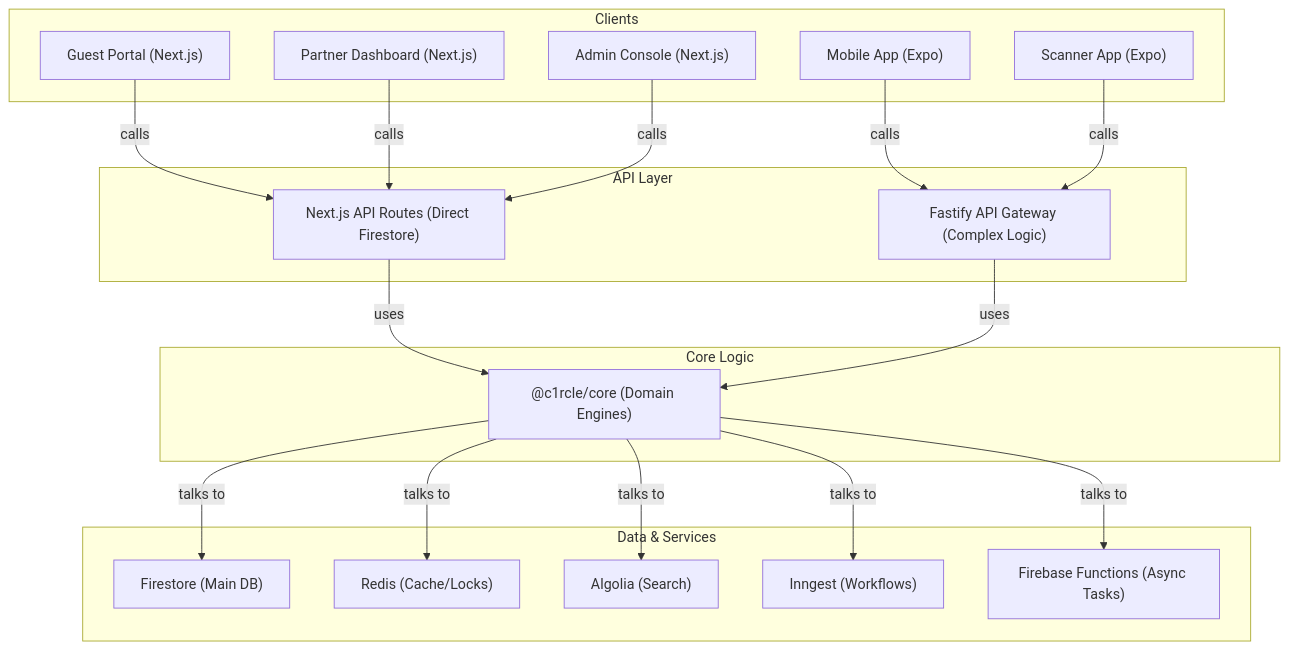
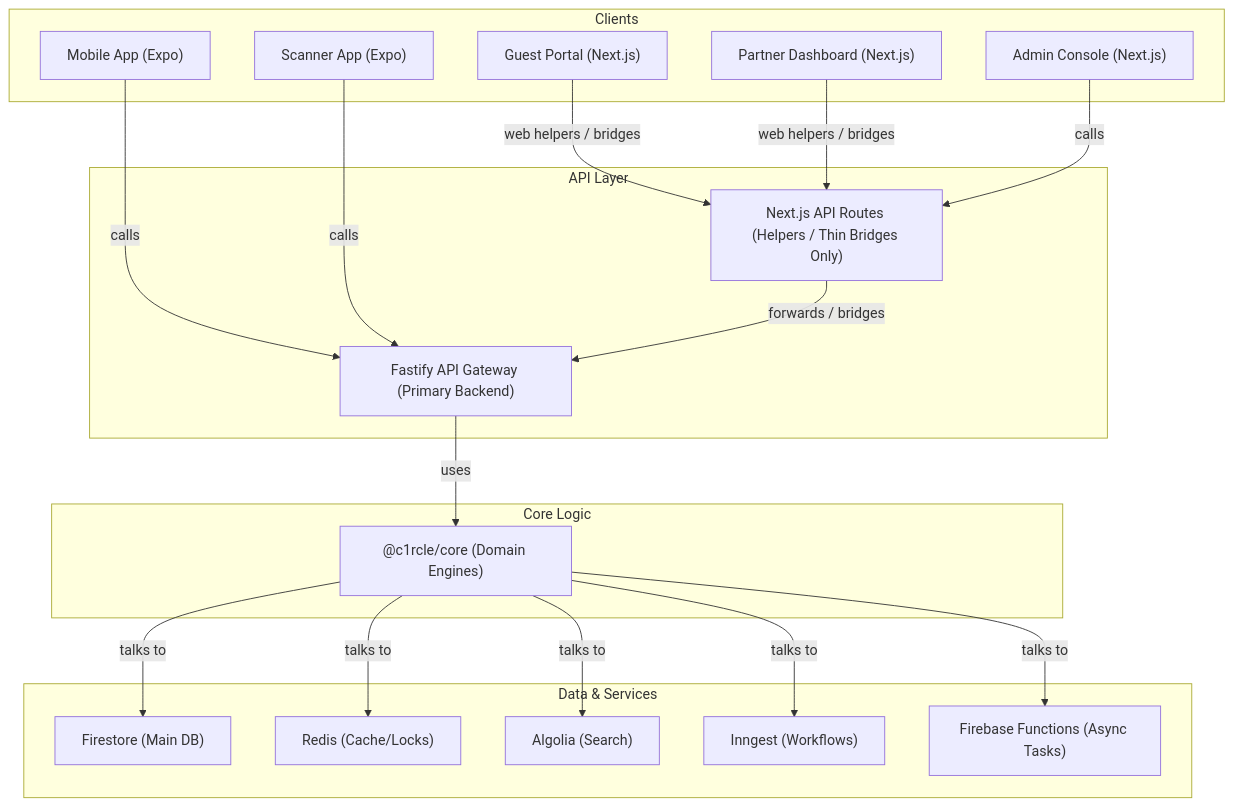
The diagram in architecture.md (thec1rclehost123-cmd/thec1rcle), drawn with Mermaid before and after one commit. The commit also changed other lines of this file and 185 other files, not shown here.

Commit message:
feat: implement guest portal business logic inventory and backend boundary refactor

````diff
--- a/architecture.md
+++ b/architecture.md
@@ -11,42 +11,42 @@
 ```mermaid
 graph TD
     subgraph "Clients"
         GP["Guest Portal (Next.js)"]
         PD["Partner Dashboard (Next.js)"]
         AC["Admin Console (Next.js)"]
         MA["Mobile App (Expo)"]
         SA["Scanner App (Expo)"]
     end
 
     subgraph "API Layer"
-        NEAR["Next.js API Routes (Direct Firestore)"]
-        FAST["Fastify API Gateway (Complex Logic)"]
+        NEAR["Next.js API Routes (Helpers / Thin Bridges Only)"]
+        FAST["Fastify API Gateway (Primary Backend)"]
     end
 
     subgraph "Core Logic"
         CORE["@c1rcle/core (Domain Engines)"]
     end
 
     subgraph "Data & Services"
         FS["Firestore (Main DB)"]
         RD["Redis (Cache/Locks)"]
         ALG["Algolia (Search)"]
         INN["Inngest (Workflows)"]
         FBC["Firebase Functions (Async Tasks)"]
     end
 
-    GP -- calls --> NEAR
-    PD -- calls --> NEAR
+    GP -- web helpers / bridges --> NEAR
+    PD -- web helpers / bridges --> NEAR
     AC -- calls --> NEAR
     MA -- calls --> FAST
     SA -- calls --> FAST
     
-    NEAR -- uses --> CORE
+    NEAR -- forwards / bridges --> FAST
     FAST -- uses --> CORE
     
     CORE -- talks to --> FS
     CORE -- talks to --> RD
     CORE -- talks to --> ALG
     CORE -- talks to --> INN
     CORE -- talks to --> FBC
 ```
````
